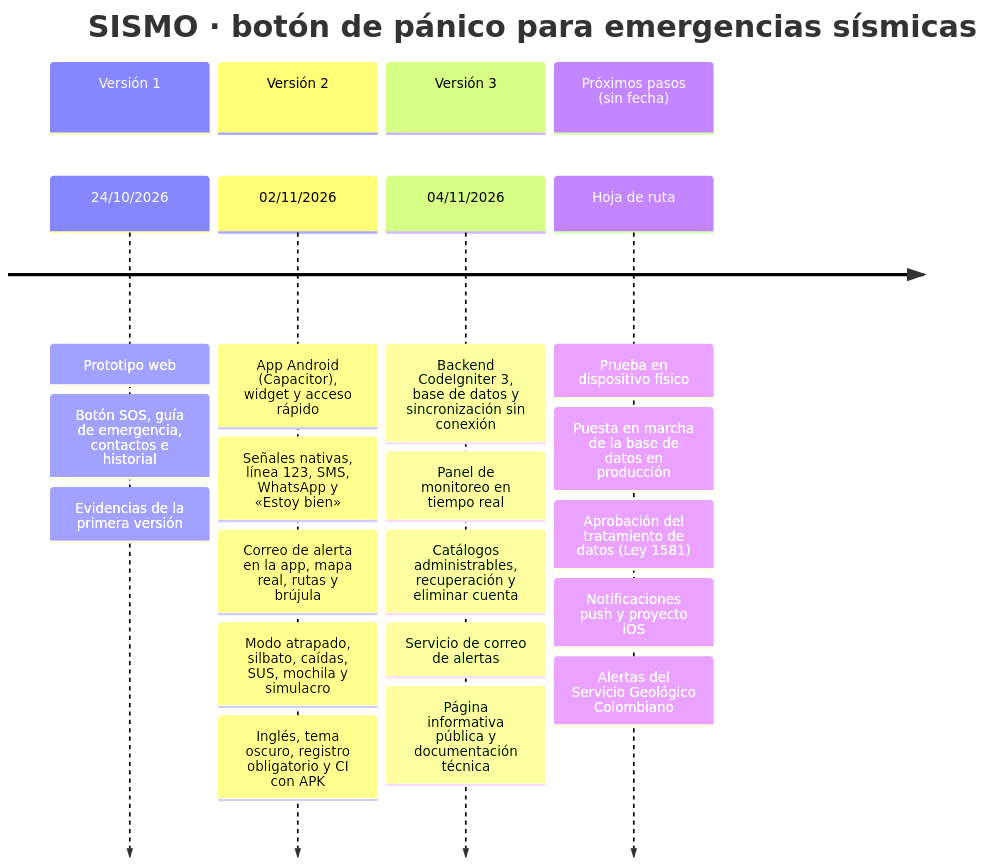
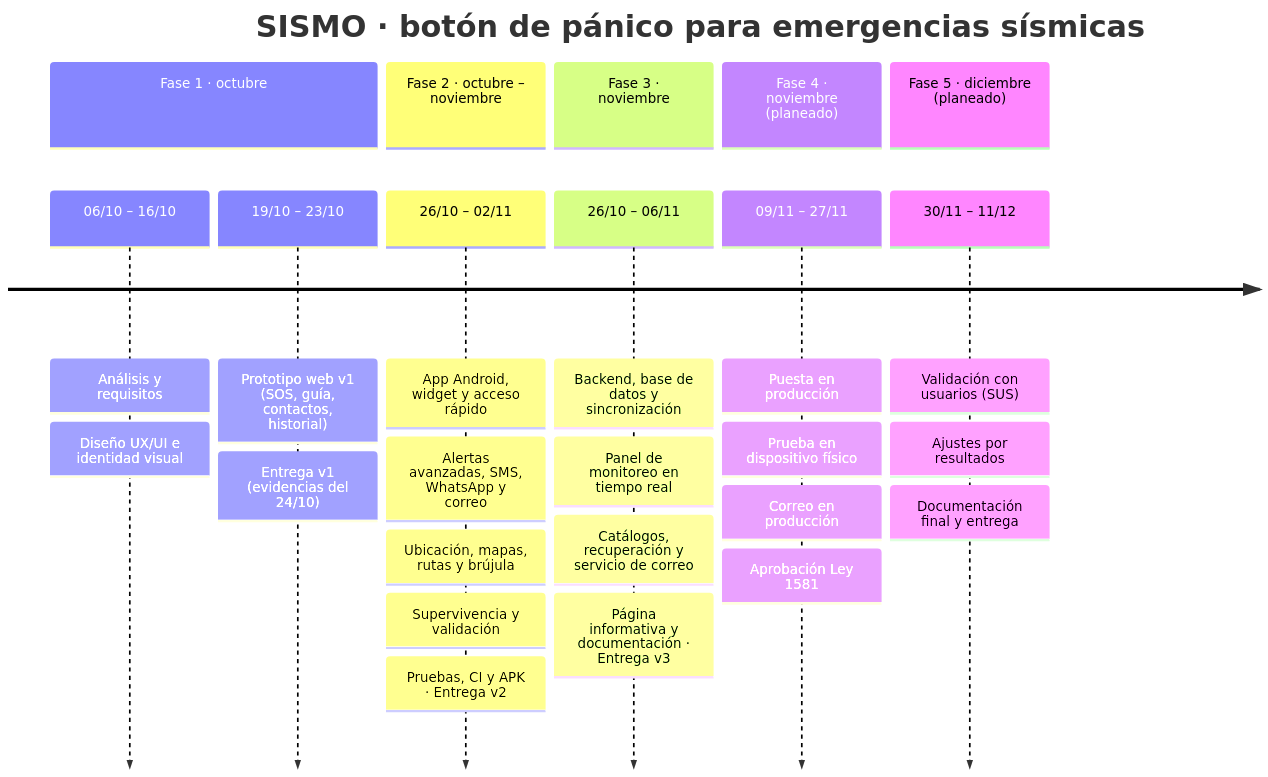
Before and after one commit to Davidhunter13/Sismo_front: the diagram in screenshots/segunda_entrega/diagramas/fuentes/4-planificacion-y-tiempos/18-linea-de-tiempo.mmd, drawn with Mermaid. The commit also changed 12 other files, not shown here.

```diff
--- a/screenshots/segunda_entrega/diagramas/fuentes/4-planificacion-y-tiempos/18-linea-de-tiempo.mmd
+++ b/screenshots/segunda_entrega/diagramas/fuentes/4-planificacion-y-tiempos/18-linea-de-tiempo.mmd
@@ -1,11 +1,14 @@
-%% title: Línea de tiempo del proyecto SISMO
+%% title: Línea de tiempo del proyecto SISMO (06/10/2026 – 11/12/2026)
 timeline
   title SISMO · botón de pánico para emergencias sísmicas
-  section Versión 1
-    24/10/2026 : Prototipo web : Botón SOS, guía de emergencia, contactos e historial : Evidencias de la primera versión
-  section Versión 2
-    02/11/2026 : App Android (Capacitor), widget y acceso rápido : Señales nativas, línea 123, SMS, WhatsApp y «Estoy bien» : Correo de alerta en la app, mapa real, rutas y brújula : Modo atrapado, silbato, caídas, SUS, mochila y simulacro : Inglés, tema oscuro, registro obligatorio y CI con APK
-  section Versión 3
-    04/11/2026 : Backend CodeIgniter 3, base de datos y sincronización sin conexión : Panel de monitoreo en tiempo real : Catálogos administrables, recuperación y eliminar cuenta : Servicio de correo de alertas : Página informativa pública y documentación técnica
-  section Próximos pasos (sin fecha)
-    Hoja de ruta : Prueba en dispositivo físico : Puesta en marcha de la base de datos en producción : Aprobación del tratamiento de datos (Ley 1581) : Notificaciones push y proyecto iOS : Alertas del Servicio Geológico Colombiano
+  section Fase 1 · octubre
+    06/10 – 16/10 : Análisis y requisitos : Diseño UX/UI e identidad visual
+    19/10 – 23/10 : Prototipo web v1 (SOS, guía, contactos, historial) : Entrega v1 (evidencias del 24/10)
+  section Fase 2 · octubre – noviembre
+    26/10 – 02/11 : App Android, widget y acceso rápido : Alertas avanzadas, SMS, WhatsApp y correo : Ubicación, mapas, rutas y brújula : Supervivencia y validación : Pruebas, CI y APK · Entrega v2
+  section Fase 3 · noviembre
+    26/10 – 06/11 : Backend, base de datos y sincronización : Panel de monitoreo en tiempo real : Catálogos, recuperación y servicio de correo : Página informativa y documentación · Entrega v3
+  section Fase 4 · noviembre (planeado)
+    09/11 – 27/11 : Puesta en producción : Prueba en dispositivo físico : Correo en producción : Aprobación Ley 1581
+  section Fase 5 · diciembre (planeado)
+    30/11 – 11/12 : Validación con usuarios (SUS) : Ajustes por resultados : Documentación final y entrega
```
